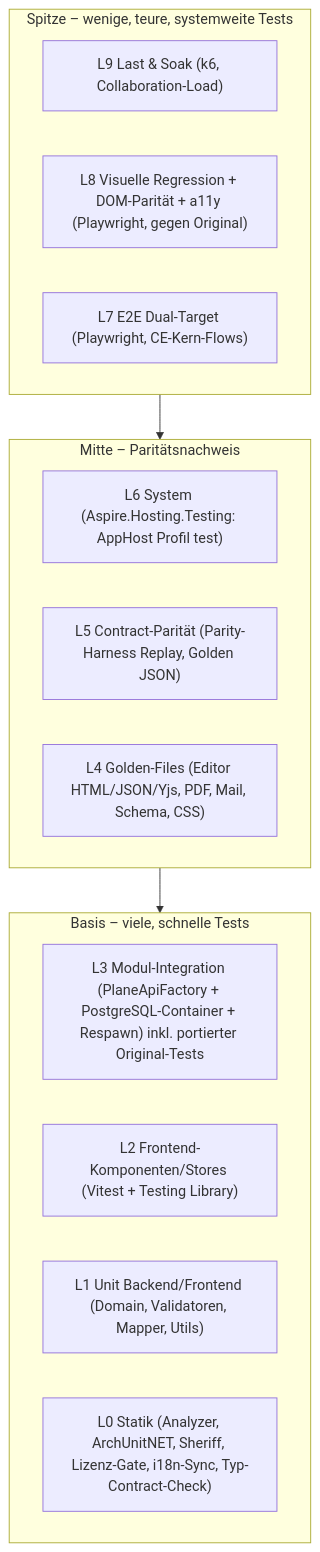
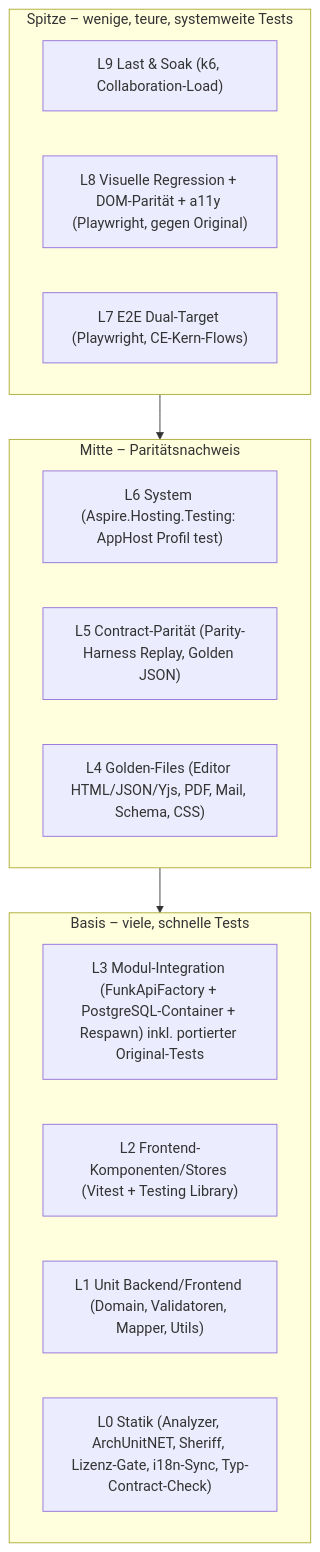
One commit to mlwr/plane changed the first of 6 diagrams in migration/architecture/15-teststrategie-qualitaet-paritaet.md. Above: the diagram before and after it, drawn with Mermaid. The commit also changed other lines of this file and 27 other files, not shown here.

First line of the commit message:
docs(migration): rename target identifiers to funk in architecture and plan docs

````diff
--- a/migration/architecture/15-teststrategie-qualitaet-paritaet.md
+++ b/migration/architecture/15-teststrategie-qualitaet-paritaet.md
@@ -121,20 +121,20 @@
 ```mermaid
 flowchart TB
   subgraph Spitze["Spitze – wenige, teure, systemweite Tests"]
     L9["L9 Last & Soak (k6, Collaboration-Load)"]
     L8["L8 Visuelle Regression + DOM-Parität + a11y (Playwright, gegen Original)"]
     L7["L7 E2E Dual-Target (Playwright, CE-Kern-Flows)"]
   end
   subgraph Mitte["Mitte – Paritätsnachweis"]
     L6["L6 System (Aspire.Hosting.Testing: AppHost Profil test)"]
     L5["L5 Contract-Parität (Parity-Harness Replay, Golden JSON)"]
     L4["L4 Golden-Files (Editor HTML/JSON/Yjs, PDF, Mail, Schema, CSS)"]
   end
   subgraph Basis["Basis – viele, schnelle Tests"]
-    L3["L3 Modul-Integration (PlaneApiFactory + PostgreSQL-Container + Respawn) inkl. portierter Original-Tests"]
+    L3["L3 Modul-Integration (FunkApiFactory + PostgreSQL-Container + Respawn) inkl. portierter Original-Tests"]
     L2["L2 Frontend-Komponenten/Stores (Vitest + Testing Library)"]
     L1["L1 Unit Backend/Frontend (Domain, Validatoren, Mapper, Utils)"]
     L0["L0 Statik (Analyzer, ArchUnitNET, Sheriff, Lizenz-Gate, i18n-Sync, Typ-Contract-Check)"]
   end
   Spitze --> Mitte --> Basis
 ```
````
